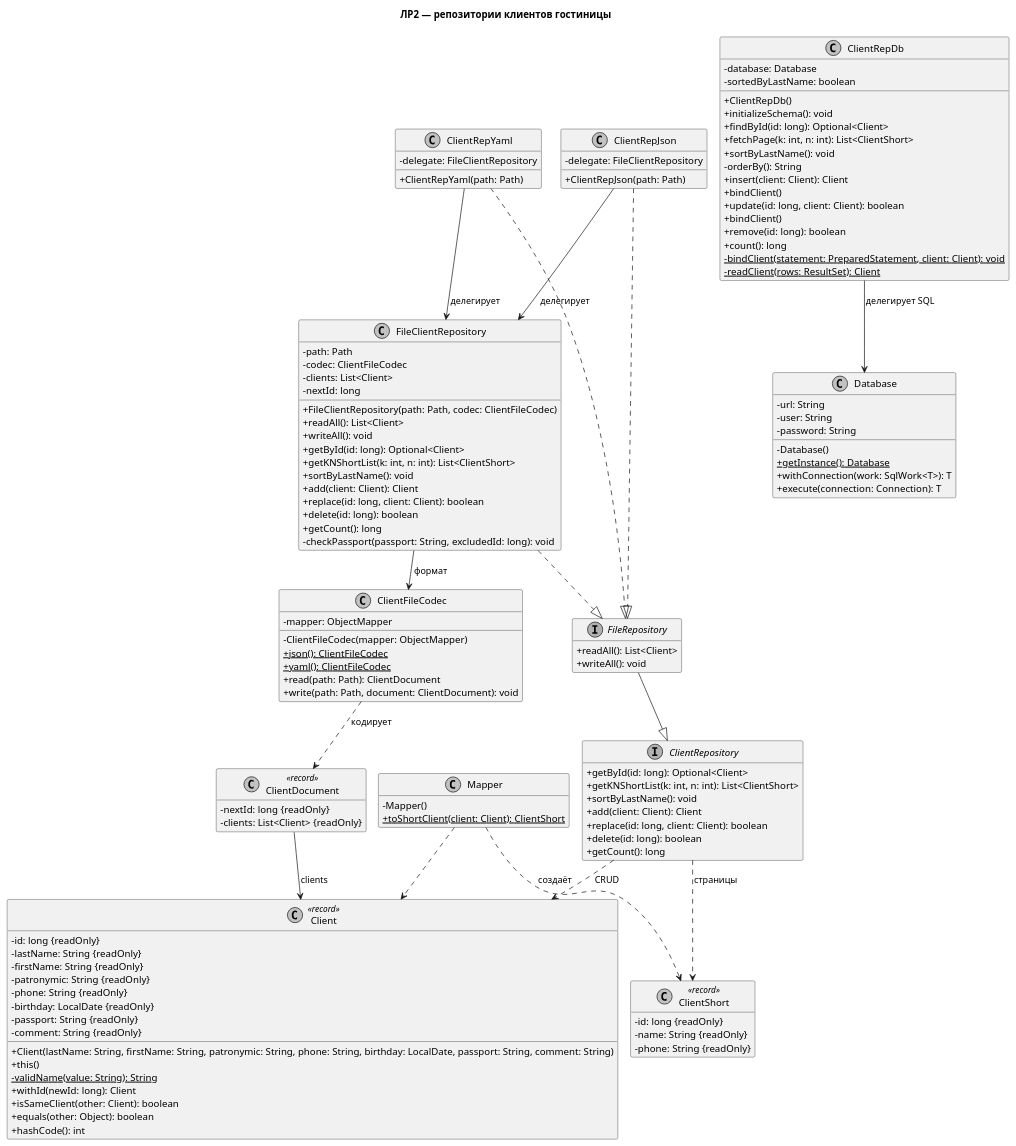
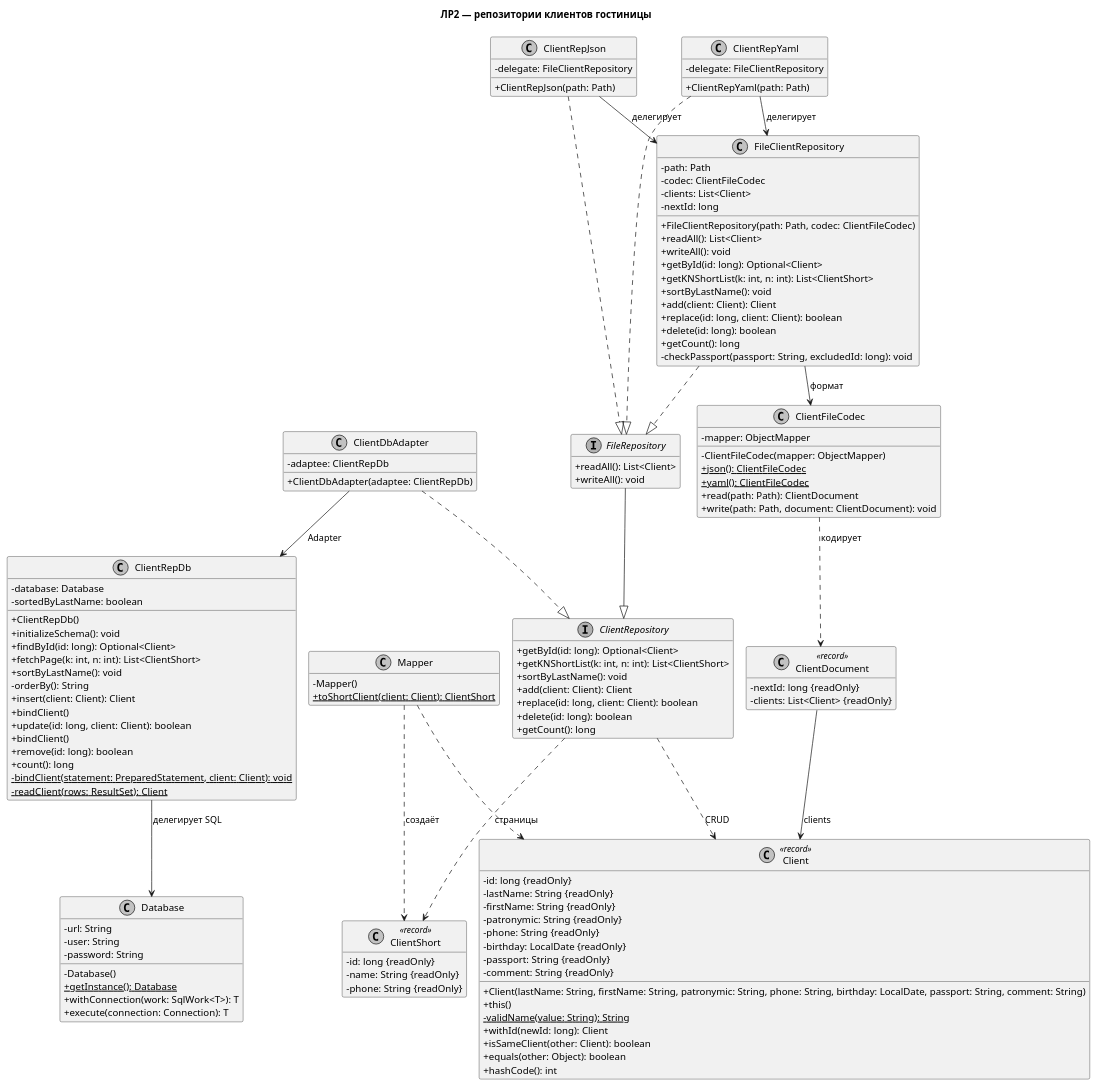
The diagram in лаб2/docs/class-diagram.puml (enteryourworld/information-system-design), drawn with PlantUML before and after one commit. The commit also changed 4 other files, not shown here.

```diff
--- a/лаб2/docs/class-diagram.puml
+++ b/лаб2/docs/class-diagram.puml
@@ -1,139 +1,146 @@
 @startuml
 !pragma layout smetana
 title ЛР2 — репозитории клиентов гостиницы
 skinparam classAttributeIconSize 0
 skinparam shadowing false
 skinparam monochrome true
 skinparam defaultFontName Arial
 hide empty members
 
 class Client <<record>> {
   - id: long {readOnly}
   - lastName: String {readOnly}
   - firstName: String {readOnly}
   - patronymic: String {readOnly}
   - phone: String {readOnly}
   - birthday: LocalDate {readOnly}
   - passport: String {readOnly}
   - comment: String {readOnly}
   + Client(lastName: String, firstName: String, patronymic: String, phone: String, birthday: LocalDate, passport: String, comment: String)
   + this()
   - {static} validName(value: String): String
   + withId(newId: long): Client
   + isSameClient(other: Client): boolean
   + equals(other: Object): boolean
   + hashCode(): int
+}
+
+class ClientDbAdapter {
+  - adaptee: ClientRepDb
+  + ClientDbAdapter(adaptee: ClientRepDb)
 }
 
 class ClientDocument <<record>> {
   - nextId: long {readOnly}
   - clients: List<Client> {readOnly}
 }
 
 class ClientFileCodec {
   - mapper: ObjectMapper
   - ClientFileCodec(mapper: ObjectMapper)
   + {static} json(): ClientFileCodec
   + {static} yaml(): ClientFileCodec
   + read(path: Path): ClientDocument
   + write(path: Path, document: ClientDocument): void
 }
 
 class ClientRepDb {
   - database: Database
   - sortedByLastName: boolean
   + ClientRepDb()
   + initializeSchema(): void
   + findById(id: long): Optional<Client>
   + fetchPage(k: int, n: int): List<ClientShort>
   + sortByLastName(): void
   - orderBy(): String
   + insert(client: Client): Client
   + bindClient()
   + update(id: long, client: Client): boolean
   + bindClient()
   + remove(id: long): boolean
   + count(): long
   - {static} bindClient(statement: PreparedStatement, client: Client): void
   - {static} readClient(rows: ResultSet): Client
 }
 
 class ClientRepJson {
   - delegate: FileClientRepository
   + ClientRepJson(path: Path)
 }
 
 class ClientRepYaml {
   - delegate: FileClientRepository
   + ClientRepYaml(path: Path)
 }
 
 interface ClientRepository {
   + getById(id: long): Optional<Client>
   + getKNShortList(k: int, n: int): List<ClientShort>
   + sortByLastName(): void
   + add(client: Client): Client
   + replace(id: long, client: Client): boolean
   + delete(id: long): boolean
   + getCount(): long
 }
 
 class ClientShort <<record>> {
   - id: long {readOnly}
   - name: String {readOnly}
   - phone: String {readOnly}
 }
 
 class Database {
   - url: String
   - user: String
   - password: String
   - Database()
   + {static} getInstance(): Database
   + withConnection(work: SqlWork<T>): T
   + execute(connection: Connection): T
 }
 
 class FileClientRepository {
   - path: Path
   - codec: ClientFileCodec
   - clients: List<Client>
   - nextId: long
   + FileClientRepository(path: Path, codec: ClientFileCodec)
   + readAll(): List<Client>
   + writeAll(): void
   + getById(id: long): Optional<Client>
   + getKNShortList(k: int, n: int): List<ClientShort>
   + sortByLastName(): void
   + add(client: Client): Client
   + replace(id: long, client: Client): boolean
   + delete(id: long): boolean
   + getCount(): long
   - checkPassport(passport: String, excludedId: long): void
 }
 
 interface FileRepository {
   + readAll(): List<Client>
   + writeAll(): void
 }
 
 class Mapper {
   - Mapper()
   + {static} toShortClient(client: Client): ClientShort
 }
 
 FileRepository --|> ClientRepository
 ClientRepJson ..|> FileRepository
 ClientRepYaml ..|> FileRepository
 FileClientRepository ..|> FileRepository
 ClientRepJson --> FileClientRepository : делегирует
 ClientRepYaml --> FileClientRepository : делегирует
 FileClientRepository --> ClientFileCodec : формат
 ClientFileCodec ..> ClientDocument : кодирует
 ClientDocument --> Client : clients
 ClientRepository ..> Client : CRUD
 ClientRepository ..> ClientShort : страницы
 Mapper ..> Client
 Mapper ..> ClientShort : создаёт
 ClientRepDb --> Database : делегирует SQL
+ClientDbAdapter ..|> ClientRepository
+ClientDbAdapter --> ClientRepDb : Adapter
 @enduml
```
